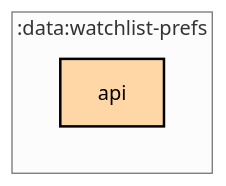
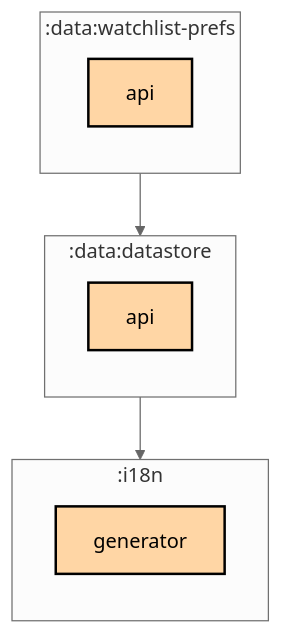
Before and after one commit to thomaskioko/tv-maniac: the first of 2 diagrams in data/watchlist-prefs/api/README.md, drawn with Mermaid (neutral theme). The commit also changed 45 other files, not shown here.

Commit message:
Regenerate the module dependency graphs

````diff
--- a/data/watchlist-prefs/api/README.md
+++ b/data/watchlist-prefs/api/README.md
@@ -6,13 +6,24 @@
 ```mermaid
 graph TB
+  subgraph :data:datastore
+    direction TB
+    :data:datastore:api[api]:::multiplatform
+  end
   subgraph :data:watchlist-prefs
     direction TB
     :data:watchlist-prefs:api[api]:::multiplatform
   end
+  subgraph :i18n
+    direction TB
+    :i18n:generator[generator]:::multiplatform
+  end
+
+  :data:datastore:api --> :i18n:generator
+  :data:watchlist-prefs:api --> :data:datastore:api
 
 classDef application fill:#CAFFBF,stroke:#000,stroke-width:2px,color:#000;
 classDef multiplatform fill:#FFD6A5,stroke:#000,stroke-width:2px,color:#000;
 classDef android-library fill:#9BF6FF,stroke:#000,stroke-width:2px,color:#000;
 classDef jvm-library fill:#BDB2FF,stroke:#000,stroke-width:2px,color:#000;
 classDef unknown fill:#FFADAD,stroke:#000,stroke-width:2px,color:#000;
 ```
````
